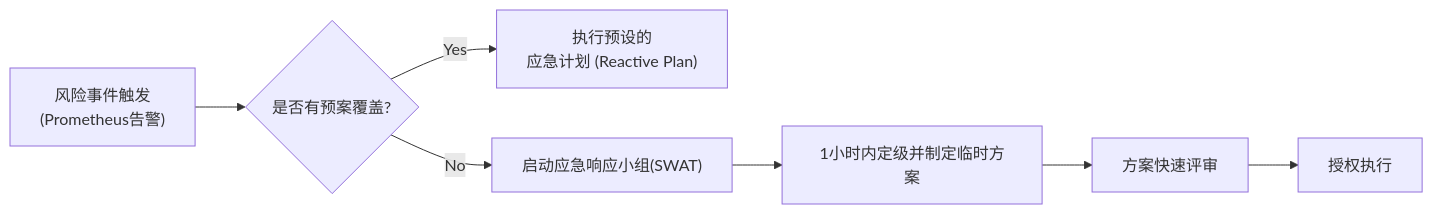
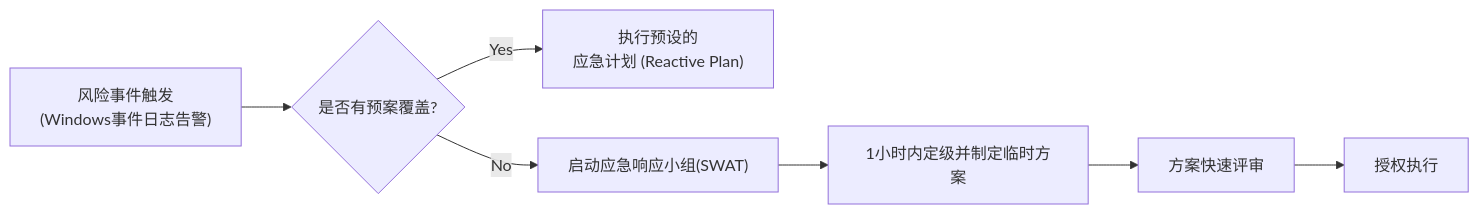
Before and after one commit to jiaenyue/project-argus-qmt-agent: the diagram in argus-doc/risk_register.md, drawn with Mermaid. The commit also changed other lines of this file and 340 other files, not shown here.

````diff
--- a/argus-doc/risk_register.md
+++ b/argus-doc/risk_register.md
@@ -66,8 +68,8 @@
     ```mermaid
     graph LR
-        A["风险事件触发<br>(Prometheus告警)"] --> B{是否有预案覆盖?}
+        A["风险事件触发<br>(Windows事件日志告警)"] --> B{是否有预案覆盖?}
         B -- Yes --> C["执行预设的<br>应急计划 (Reactive Plan)"]
         B -- No --> D["启动应急响应小组(SWAT)"]
         D --> E[1小时内定级并制定临时方案]
         E --> F[方案快速评审] --> G[授权执行]
     ```
````
